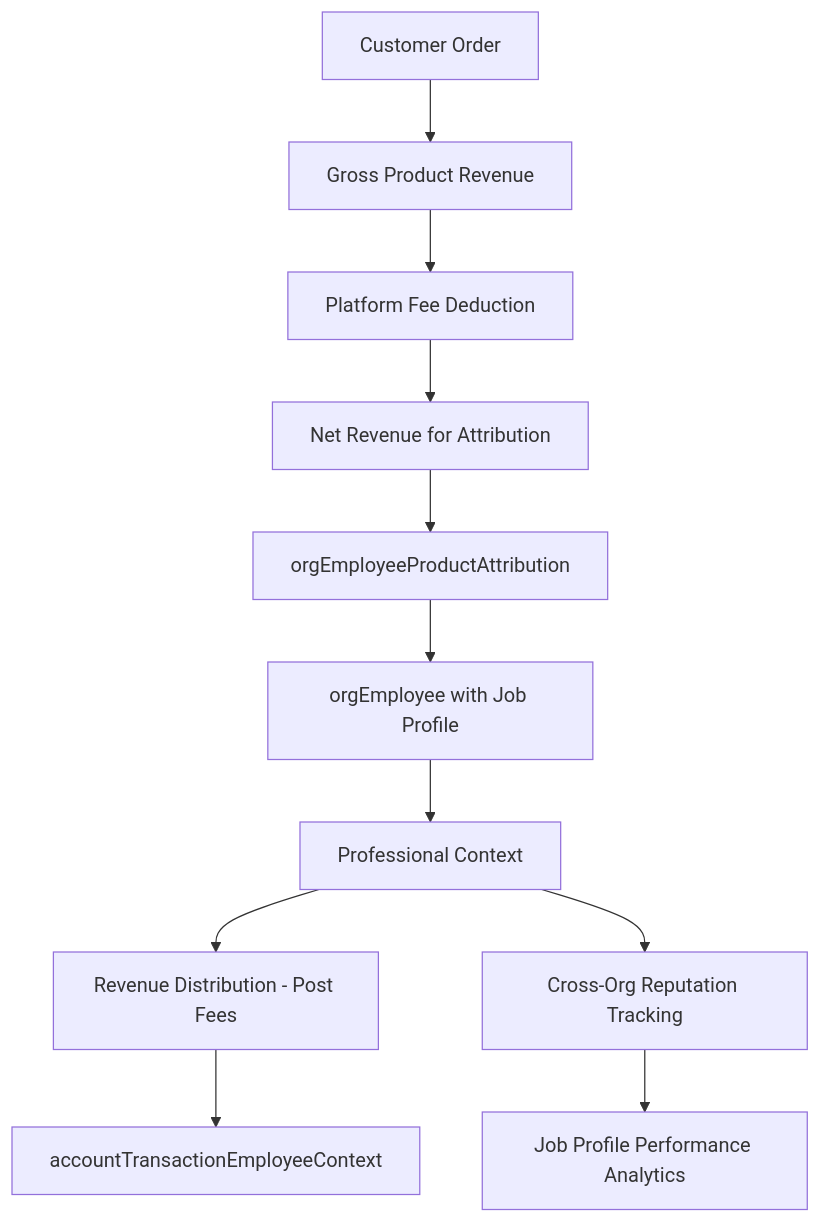
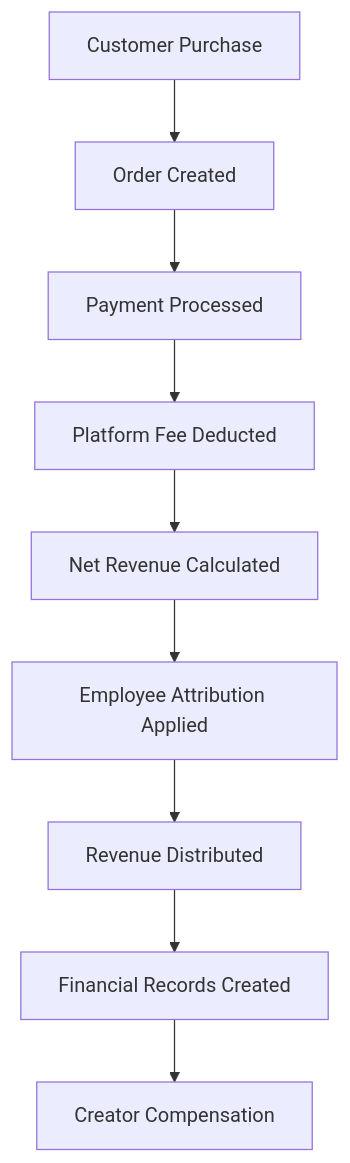
One commit to DreamEcho100/maze changed the third of 4 diagrams in apps/volmify-main-server/src/db/schema/README.md. Above: the diagram before and after it, drawn with Mermaid. The commit also changed other lines of this file and 17 other files, not shown here.

First line of the commit message:
Add comprehensive README for User Profile & Professional Identity System

````diff
--- a/apps/volmify-main-server/src/db/schema/README.md
+++ b/apps/volmify-main-server/src/db/schema/README.md
@@ -491,13 +780,11 @@
 ```mermaid
 graph TD
-    A[Customer Order] --> B[Gross Product Revenue]
-    B --> C[Platform Fee Deduction]
-    C --> D[Net Revenue for Attribution]
-    D --> E[orgEmployeeProductAttribution]
-    E --> F[orgEmployee with Job Profile]
-    F --> G[Professional Context]
-    G --> H[Revenue Distribution - Post Fees]
-    G --> I[Cross-Org Reputation Tracking]
-    H --> J[accountTransactionEmployeeContext]
-    I --> K[Job Profile Performance Analytics]
+    A[Customer Purchase] --> B[Order Created]
+    B --> C[Payment Processed]
+    C --> D[Platform Fee Deducted]
+    D --> E[Net Revenue Calculated]
+    E --> F[Employee Attribution Applied]
+    F --> G[Revenue Distributed]
+    G --> H[Financial Records Created]
+    H --> I[Creator Compensation]
 ```
````
